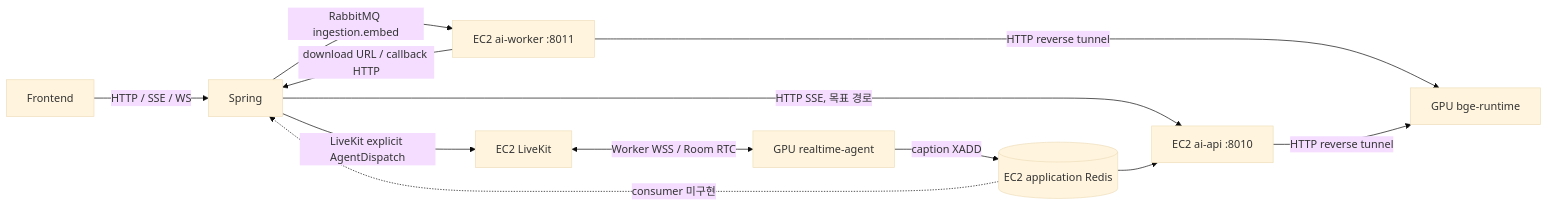
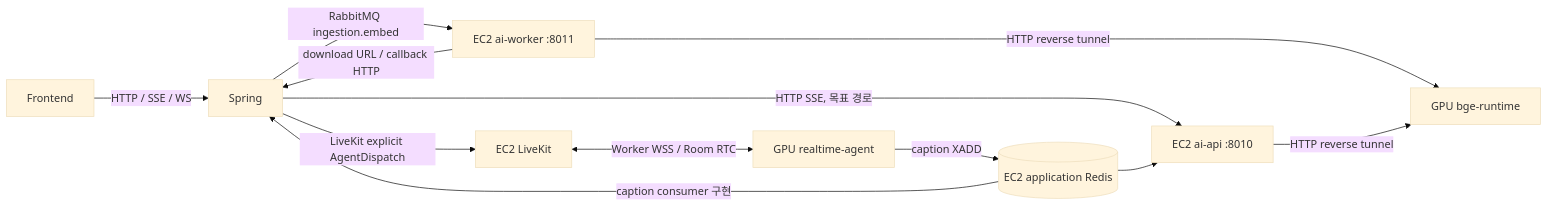
Before and after one commit to thdwjdrl401/jiphyeonjeon: the diagram in docs/ai/CONTRACT.md, drawn with Mermaid (base theme). The commit also changed other lines of this file and 23 other files, not shown here.

````diff
--- a/docs/ai/CONTRACT.md
+++ b/docs/ai/CONTRACT.md
@@ -26,14 +26,14 @@
 ```mermaid
 flowchart LR
     FE[Frontend] -->|HTTP / SSE / WS| Spring[Spring]
     Spring -->|HTTP SSE, 목표 경로| Api[EC2 ai-api :8010]
     Spring -->|RabbitMQ ingestion.embed| Worker[EC2 ai-worker :8011]
     Worker -->|download URL / callback HTTP| Spring
     Spring -->|LiveKit explicit AgentDispatch| LiveKit[EC2 LiveKit]
     LiveKit <-->|Worker WSS / Room RTC| Agent[GPU realtime-agent]
     Agent -->|caption XADD| Redis[(EC2 application Redis)]
     Redis --> Api
-    Redis -.->|consumer 미구현| Spring
+    Redis -->|caption consumer 구현| Spring
     Worker -->|HTTP reverse tunnel| BGE[GPU bge-runtime]
     Api -->|HTTP reverse tunnel| BGE
 ```
````
